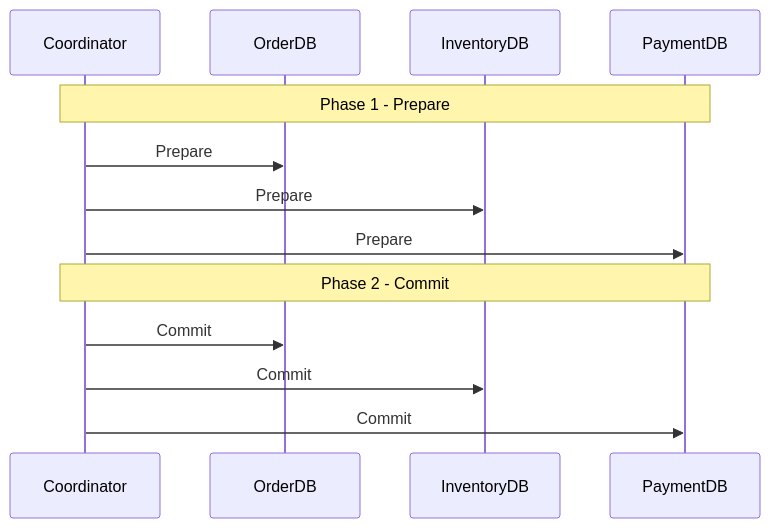
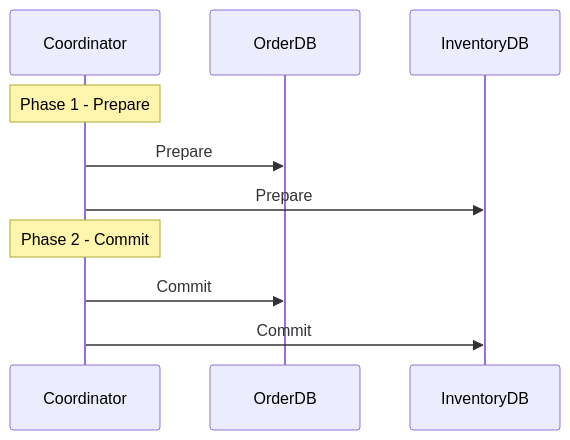
Before and after one commit to yjkim2015/yjkim2015.github.io: the second of 8 diagrams in _posts/spring/2026-05-01-distributed-transaction.md, drawn with Mermaid. The commit also changed other lines of this file and 155 other files, not shown here.

First line of the commit message:
Mermaid 전면 수정: subgraph 제거, participant/노드/줄수 축소 (342블록)

````diff
--- a/_posts/spring/2026-05-01-distributed-transaction.md
+++ b/_posts/spring/2026-05-01-distributed-transaction.md
@@ -52,15 +52,12 @@
 ```mermaid
 sequenceDiagram
     participant CO as Coordinator
     participant ODB as OrderDB
     participant IDB as InventoryDB
-    participant PDB as PaymentDB
-    Note over CO,PDB: Phase 1 - Prepare
+    Note over CO: Phase 1 - Prepare
     CO->>ODB: Prepare
     CO->>IDB: Prepare
-    CO->>PDB: Prepare
-    Note over CO,PDB: Phase 2 - Commit
+    Note over CO: Phase 2 - Commit
     CO->>ODB: Commit
     CO->>IDB: Commit
-    CO->>PDB: Commit
 ```
````
